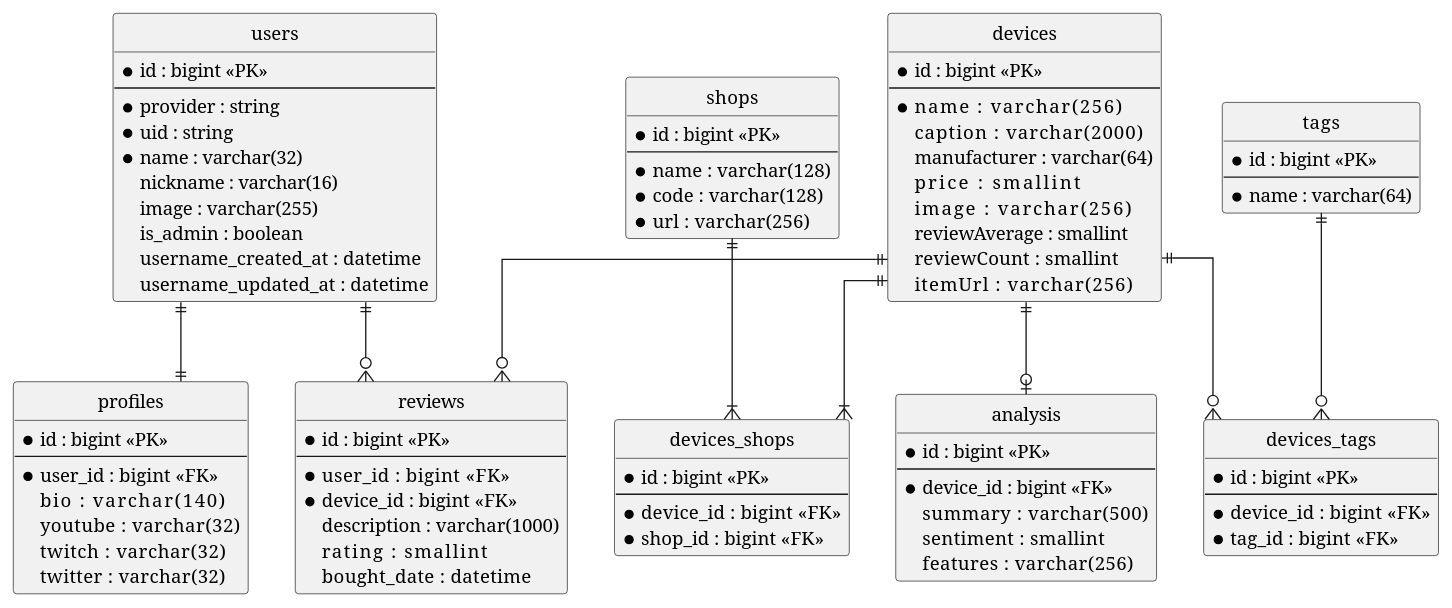
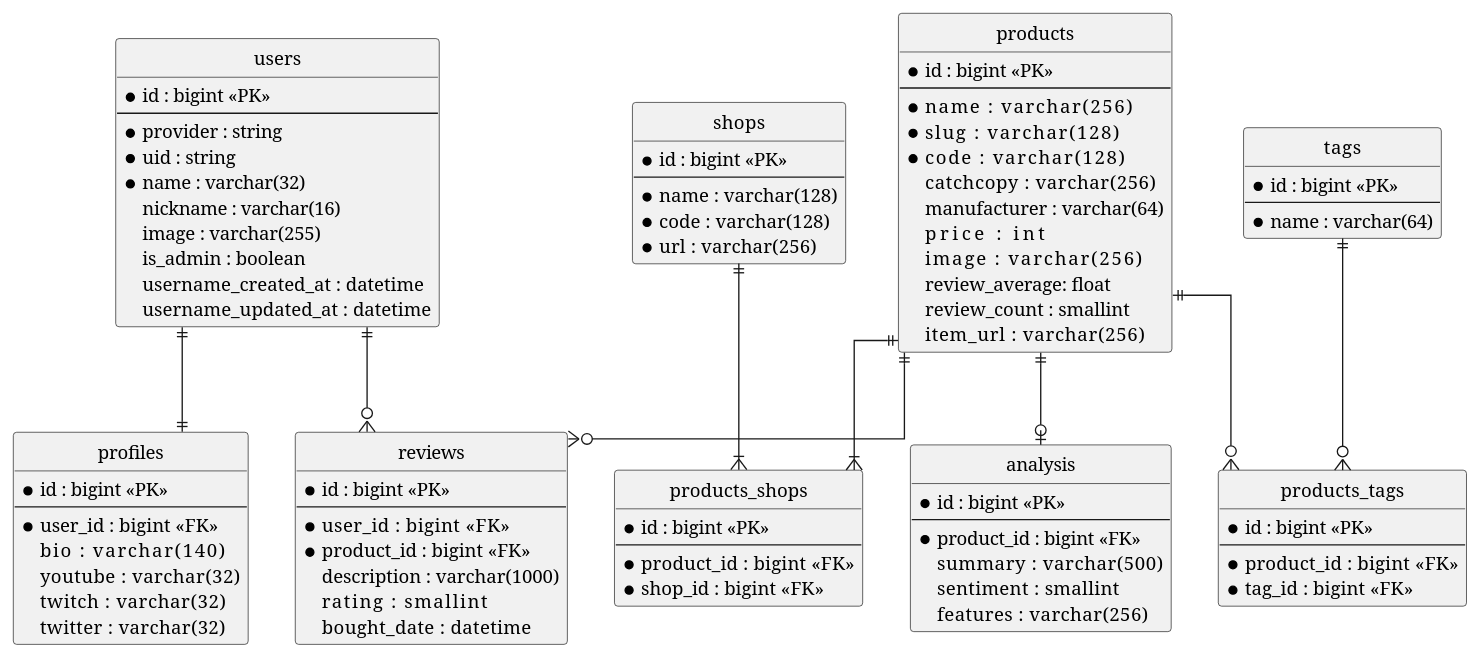
One commit to hellonagi/ecomeru changed the diagram in documents/er.pu. Above: the diagram before and after it, drawn with PlantUML. The commit also changed 33 other files, not shown here.

```diff
--- a/documents/er.pu
+++ b/documents/er.pu
@@ -1,99 +1,101 @@
 @startuml reviwe-app
  skinparam linetype ortho
  hide circle
 
 entity "users" {
   * id : bigint <<PK>>
   --
   * provider : string
   * uid : string
   * name : varchar(32)
   nickname : varchar(16)
   image : varchar(255)
   is_admin : boolean
   username_created_at : datetime
   username_updated_at : datetime
 }
 
 entity profiles {
   * id : bigint <<PK>>
   --
   * user_id  : bigint <<FK>>
   bio        : varchar(140)
   youtube    : varchar(32)
   twitch     : varchar(32)
   twitter    : varchar(32)
 }
 
-entity devices {
+entity products {
   * id : bigint <<PK>>
   --
   * name        : varchar(256)
-  caption       : varchar(2000)
+  * slug        : varchar(128)
+  * code        : varchar(128)
+  catchcopy     : varchar(256)
   manufacturer  : varchar(64)
-  price         : smallint
+  price         : int
   image         : varchar(256)
-  reviewAverage : smallint
-  reviewCount   : smallint
-  itemUrl       : varchar(256)
+  review_average: float
+  review_count  : smallint
+  item_url      : varchar(256)
 }
 
 entity shops {
   * id : bigint <<PK>>
   --
   * name  : varchar(128)
   * code  : varchar(128)
   * url   : varchar(256)
 }
 
-entity devices_shops {
+entity products_shops {
   * id : bigint <<PK>>
   --
-  * device_id   : bigint <<FK>>
+  * product_id   : bigint <<FK>>
   * shop_id  : bigint <<FK>>
 }
 
 
 entity reviews {
   * id : bigint <<PK>>
   --
   * user_id    : bigint <<FK>>
-  * device_id  : bigint <<FK>>
+  * product_id  : bigint <<FK>>
   description  : varchar(1000)
   rating       : smallint
   bought_date  : datetime
 }
 
 entity analysis {
   * id : bigint <<PK>>
   --
-  * device_id : bigint <<FK>>
+  * product_id : bigint <<FK>>
   summary     : varchar(500)
   sentiment   : smallint
   features    : varchar(256)
 }
 
 entity tags {
   * id : bigint <<PK>>
   --
   * name : varchar(64)
 }
 
-entity devices_tags {
+entity products_tags {
   * id : bigint <<PK>>
   --
-  * device_id   : bigint <<FK>>
+  * product_id   : bigint <<FK>>
   * tag_id  : bigint <<FK>>
 }
 
 
 users ||--|| profiles
 users ||--o{ reviews
-devices ||--o{ reviews
-devices ||--|{ devices_shops
-shops ||--|{ devices_shops
-devices ||--o| analysis
-devices ||--o{ devices_tags
-tags ||--o{ devices_tags
+products ||--o{ reviews
+products ||--|{ products_shops
+shops ||--|{ products_shops
+products ||--o| analysis
+products ||--o{ products_tags
+tags ||--o{ products_tags
 
 @enduml
```
